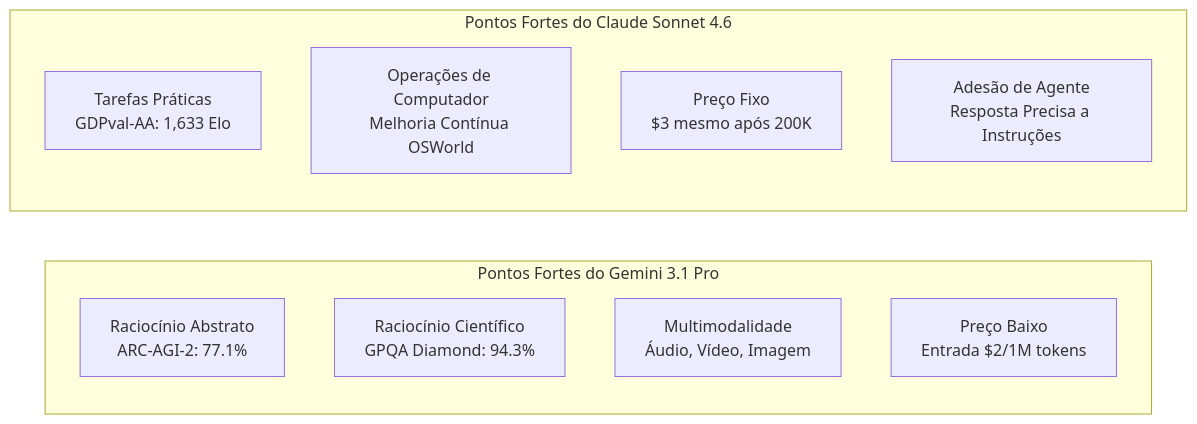
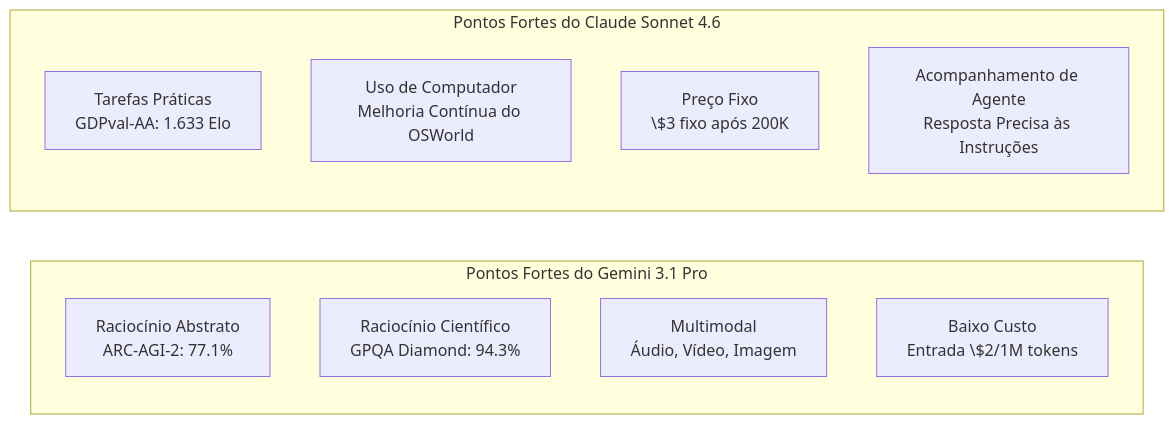
One commit to no-problem-dev/rick-brick-content changed the diagram in articles/pt/2026-03-18-claude-sonnet-gemini-pro-model-race.md. Above: the diagram before and after it, drawn with Mermaid. The commit also changed other lines of this file and 126 other files, not shown here.

````diff
--- a/articles/pt/2026-03-18-claude-sonnet-gemini-pro-model-race.md
+++ b/articles/pt/2026-03-18-claude-sonnet-gemini-pro-model-race.md
@@ -154,15 +152,15 @@
 ```mermaid
 graph LR
     subgraph Gemini_3.1_Pro["Pontos Fortes do Gemini 3.1 Pro"]
         A[Raciocínio Abstrato\nARC-AGI-2: 77.1%]
         B[Raciocínio Científico\nGPQA Diamond: 94.3%]
-        C[Multimodalidade\nÁudio, Vídeo, Imagem]
-        D[Preço Baixo\nEntrada $2/1M tokens]
+        C[Multimodal\nÁudio, Vídeo, Imagem]
+        D[Baixo Custo\nEntrada \$2/1M tokens]
     end
     subgraph Claude_Sonnet_4_6["Pontos Fortes do Claude Sonnet 4.6"]
-        E[Tarefas Práticas\nGDPval-AA: 1,633 Elo]
-        F[Operações de Computador\nMelhoria Contínua OSWorld]
-        G[Preço Fixo\n$3 mesmo após 200K]
-        H[Adesão de Agente\nResposta Precisa a Instruções]
+        E[Tarefas Práticas\nGDPval-AA: 1.633 Elo]
+        F[Uso de Computador\nMelhoria Contínua do OSWorld]
+        G[Preço Fixo\n\$3 fixo após 200K]
+        H[Acompanhamento de Agente\nResposta Precisa às Instruções]
     end
 ```
````
